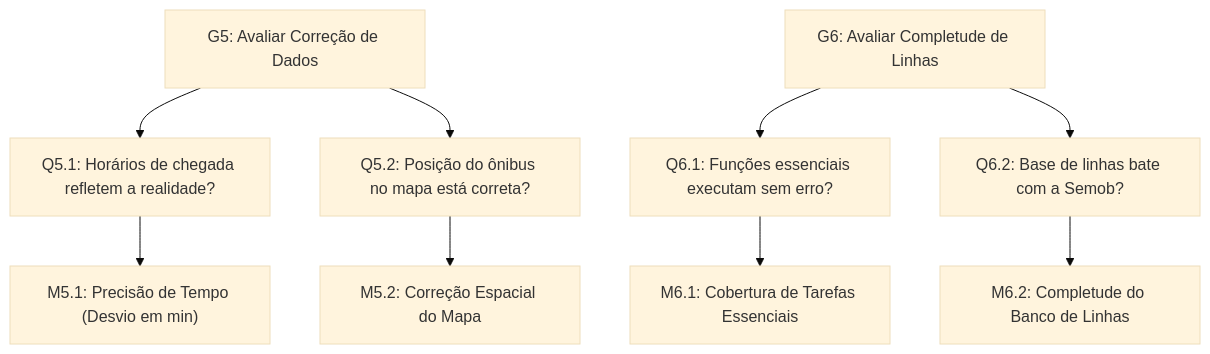
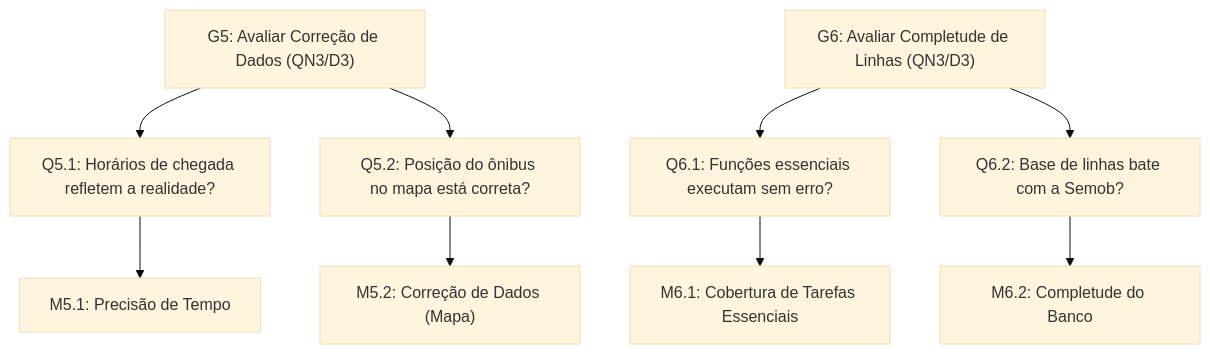
Before and after one commit to FCTE-Qualidade-de-Software-1/2026-2_T02_CAROL_SHAW: the third of 3 diagrams in docs/fase2/rastreabilidade-diagrama GQM.md, drawn with Mermaid (base theme). The commit also changed other lines of this file and 6 other files, not shown here.

````diff
--- a/docs/fase2/rastreabilidade-diagrama GQM.md
+++ b/docs/fase2/rastreabilidade-diagrama GQM.md
@@ -76,13 +83,13 @@
 ```mermaid
 flowchart TD
-    G5["G5: Avaliar Correção de Dados"] --> Q51["Q5.1: Horários de chegada refletem a realidade?"]
+    G5["G5: Avaliar Correção de Dados (QN3/D3)"] --> Q51["Q5.1: Horários de chegada refletem a realidade?"]
     G5 --> Q52["Q5.2: Posição do ônibus no mapa está correta?"]
 
-    G6["G6: Avaliar Completude de Linhas"] --> Q61["Q6.1: Funções essenciais executam sem erro?"]
+    G6["G6: Avaliar Completude de Linhas (QN3/D3)"] --> Q61["Q6.1: Funções essenciais executam sem erro?"]
     G6 --> Q62["Q6.2: Base de linhas bate com a Semob?"]
 
-    Q51 --> M51["M5.1: Precisão de Tempo (Desvio em min)"]
-    Q52 --> M52["M5.2: Correção Espacial do Mapa"]
+    Q51 --> M51["M5.1: Precisão de Tempo"]
+    Q52 --> M52["M5.2: Correção de Dados (Mapa)"]
     Q61 --> M61["M6.1: Cobertura de Tarefas Essenciais"]
-    Q62 --> M62["M6.2: Completude do Banco de Linhas"]
+    Q62 --> M62["M6.2: Completude do Banco"]
 ```
````
